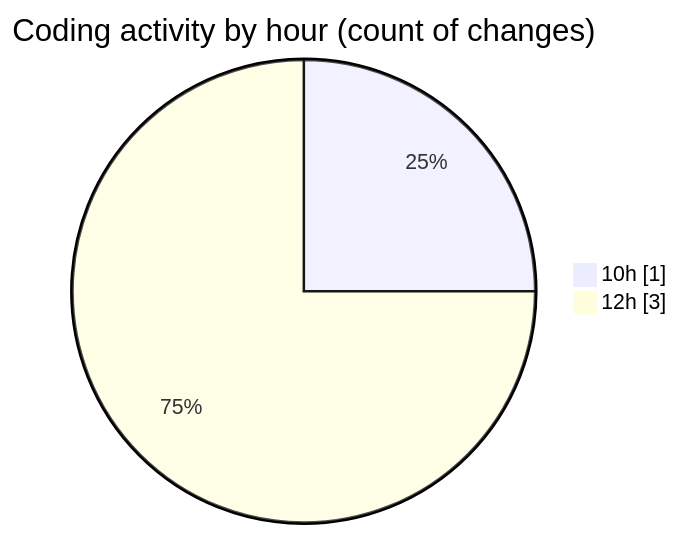
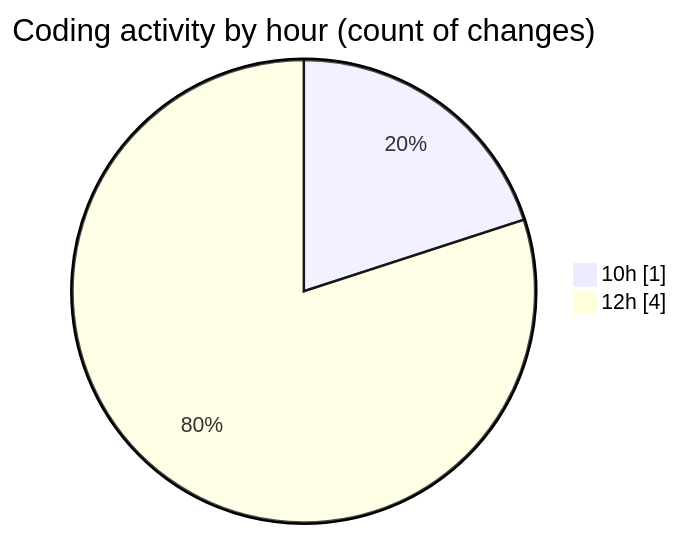
The second of 2 diagrams in 2025-07-09/urlwebwala_intership_work/README.md (Ritupan-Deka/code-tracking), drawn with Mermaid before and after one commit. The commit also changed other lines of this file and 1 other file, not shown here.

````diff
--- a/2025-07-09/urlwebwala_intership_work/README.md
+++ b/2025-07-09/urlwebwala_intership_work/README.md
@@ -28,6 +28,6 @@
 ```mermaid
 pie showData
 title Coding activity by hour (count of changes)
 "10h" : 1
-"12h" : 3
+"12h" : 4
 ```
````
